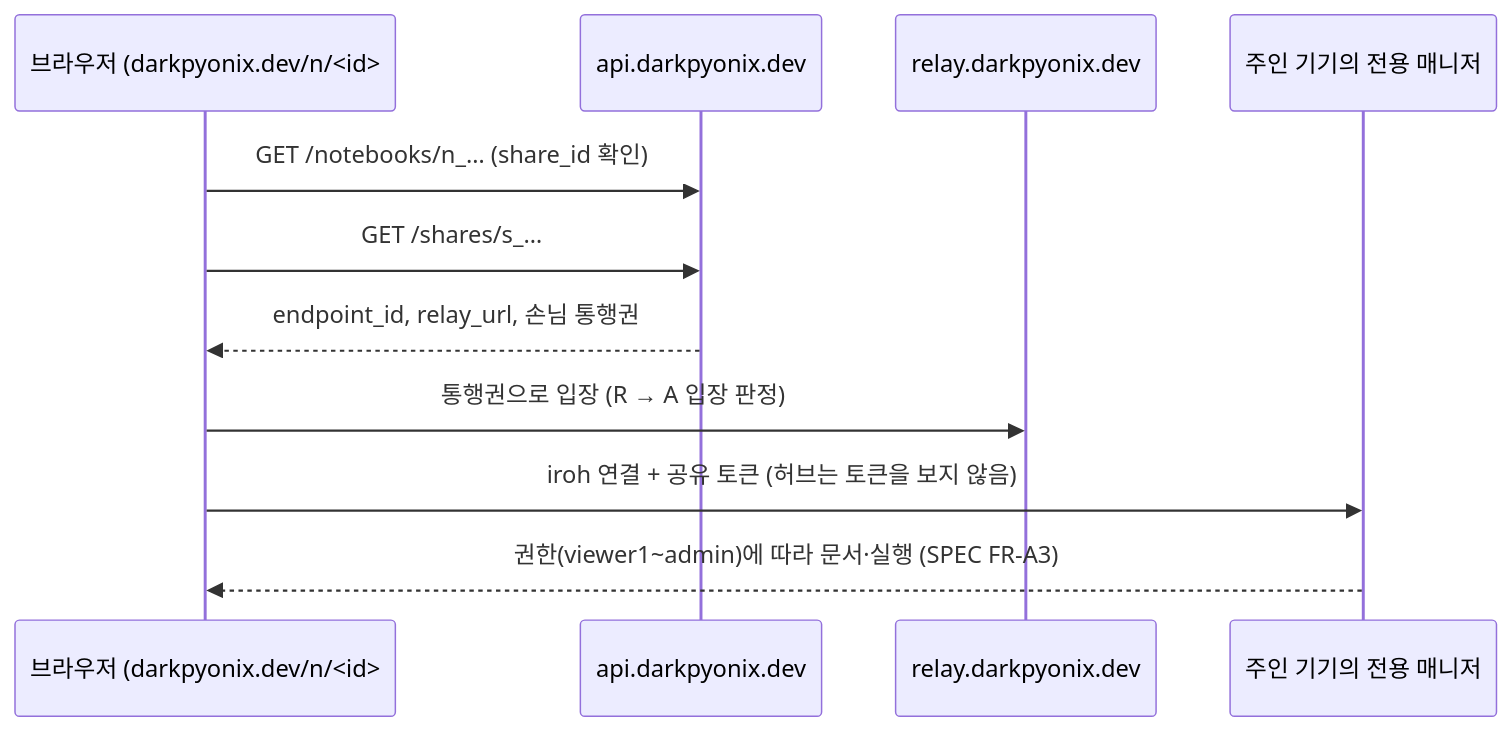
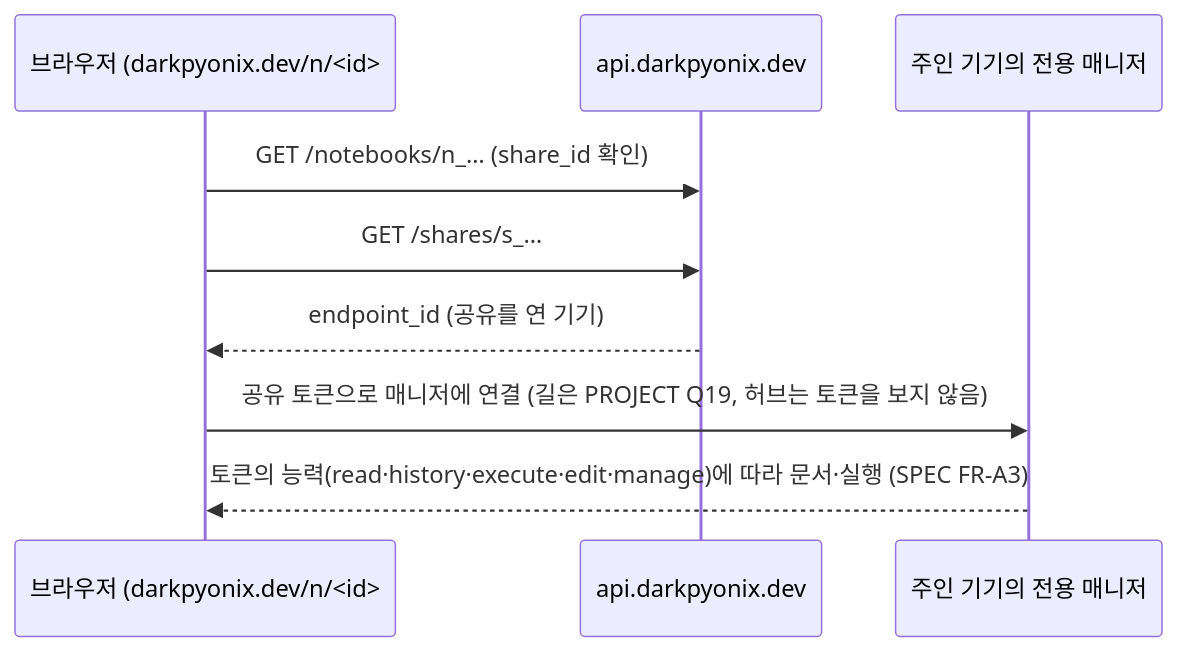
Before and after one commit to DarkPyonix/darkpyonix: the ninth of 9 diagrams in docs/ARCHITECTURE.md, drawn with Mermaid. The commit also changed other lines of this file and 3 other files, not shown here.

Commit message:
Docs: Close PROJECT Q9, add Q19 to Q21 and drop the hub relay from ARCHITECTURE (INTENT D23)

````diff
--- a/docs/ARCHITECTURE.md
+++ b/docs/ARCHITECTURE.md
@@ -280,14 +279,12 @@
 ```mermaid
 sequenceDiagram
   participant V as 브라우저 (darkpyonix.dev/n/<id>#<token>)
   participant A as api.darkpyonix.dev
-  participant R as relay.darkpyonix.dev
   participant M as 주인 기기의 전용 매니저
 
   V->>A: GET /notebooks/n_… (share_id 확인)
   V->>A: GET /shares/s_…
-  A-->>V: endpoint_id, relay_url, 손님 통행권
-  V->>R: 통행권으로 입장 (R → A 입장 판정)
-  V->>M: iroh 연결 + 공유 토큰 (허브는 토큰을 보지 않음)
-  M-->>V: 권한(viewer1~admin)에 따라 문서·실행 (SPEC FR-A3)
+  A-->>V: endpoint_id (공유를 연 기기)
+  V->>M: 공유 토큰으로 매니저에 연결 (길은 PROJECT Q19, 허브는 토큰을 보지 않음)
+  M-->>V: 토큰의 능력(read·history·execute·edit·manage)에 따라 문서·실행 (SPEC FR-A3)
 ```
````
